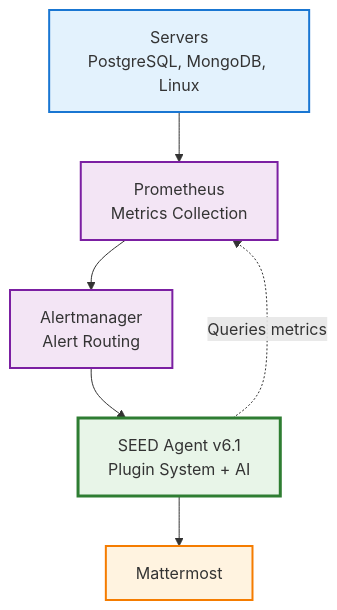
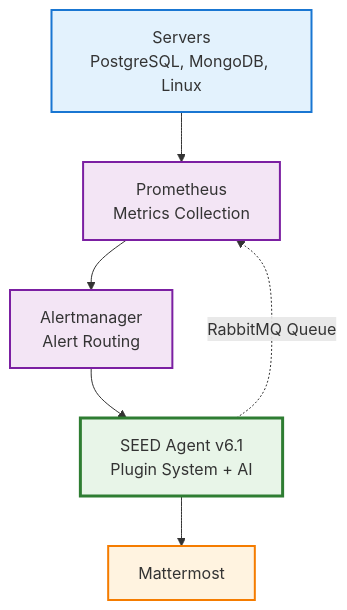
One commit to Genacvali/seed changed the first of 6 diagrams in mermaid_diagram.md. Above: the diagram before and after it, drawn with Mermaid.

````diff
--- a/mermaid_diagram.md
+++ b/mermaid_diagram.md
@@ -5,19 +5,19 @@
 ```mermaid
 flowchart TD
     A["Servers<br/>PostgreSQL, MongoDB, Linux"] --> B["Prometheus<br/>Metrics Collection"]
     B --> C["Alertmanager<br/>Alert Routing"]
     C --> D["SEED Agent v6.1<br/>Plugin System + AI"]
     D --> E["Mattermost<br/>"]
     
-    D -.->|"Queries metrics"| B
+    D -.->|"RabbitMQ Queue"| B
     
     classDef server fill:#e3f2fd,stroke:#1976d2,stroke-width:2px
     classDef monitor fill:#f3e5f5,stroke:#7b1fa2,stroke-width:2px  
     classDef seed fill:#e8f5e8,stroke:#2e7d32,stroke-width:3px
     classDef output fill:#fff3e0,stroke:#f57c00,stroke-width:2px
     
     class A server
     class B,C monitor
     class D seed
     class E output
 ```
````
